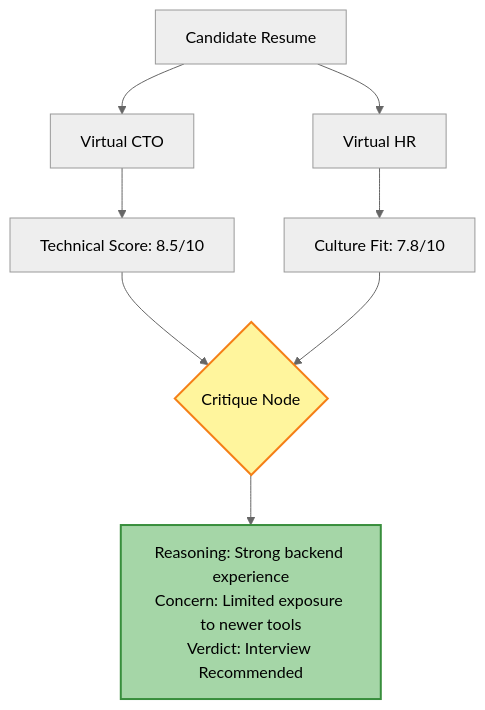
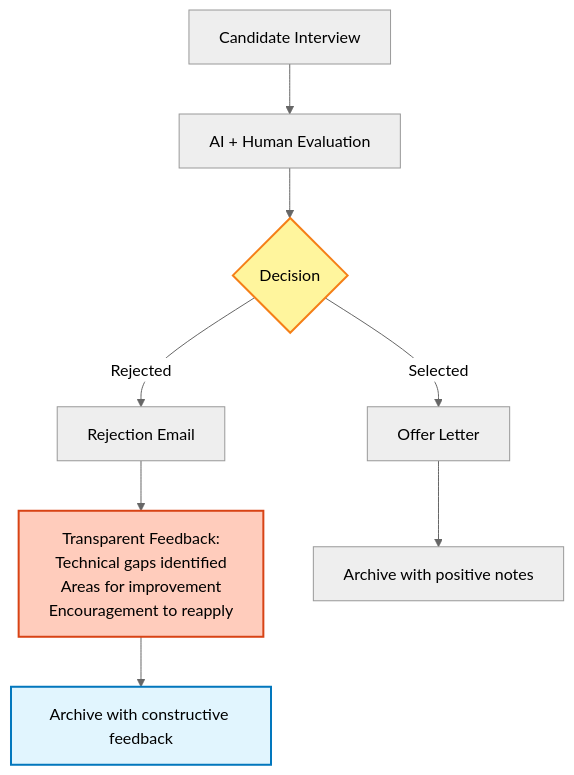
One commit to devrahulbanjara/Rojgar-AI changed the seventh of 7 diagrams in README.md. Above: the diagram before and after it, drawn with Mermaid. The commit also changed other lines of this file, not shown here.

````diff
--- a/README.md
+++ b/README.md
@@ -253,14 +271,17 @@
 ```mermaid
 %%{init: {'theme': 'neutral'}}%%
 graph TD
-    A[Candidate Resume] --> B[Virtual CTO]
-    A --> C[Virtual HR]
-    B --> D[Technical Score: 8.5/10]
-    C --> E[Culture Fit: 7.8/10]
-    D --> F{Critique Node}
-    E --> F
-    F --> G[Reasoning: Strong backend experience<br/>Concern: Limited exposure to newer tools<br/>Verdict: Interview Recommended]
+    A[Candidate Interview] --> B[AI + Human Evaluation]
+    B --> C{Decision}
+    C -->|Selected| D[Offer Letter]
+    C -->|Rejected| E[Rejection Email]
     
-    style F fill:#fff59d,stroke:#f57f17,stroke-width:2px
-    style G fill:#a5d6a7,stroke:#388e3c,stroke-width:2px
+    E --> F[Transparent Feedback:<br/>Technical gaps identified<br/>Areas for improvement<br/>Encouragement to reapply]
+    
+    D --> G[Archive with positive notes]
+    F --> H[Archive with constructive feedback]
+    
+    style C fill:#fff59d,stroke:#f57f17,stroke-width:2px
+    style F fill:#ffccbc,stroke:#d84315,stroke-width:2px
+    style H fill:#e1f5fe,stroke:#0277bd,stroke-width:2px
 ```
````
